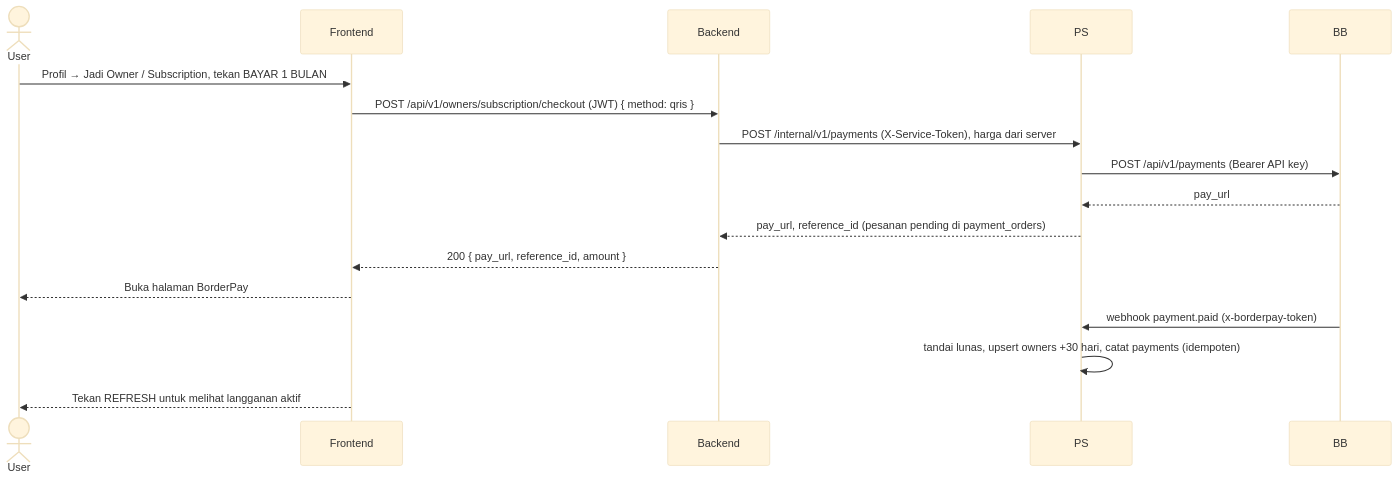
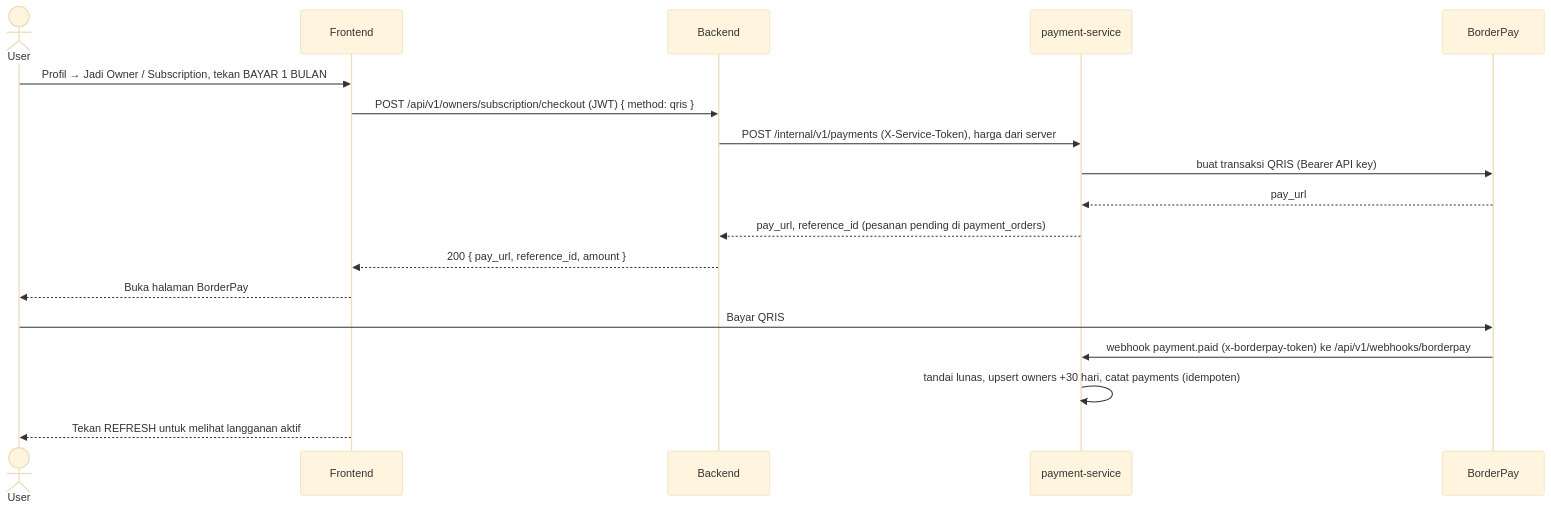
The fifth of 5 diagrams in docs/FLOW.md (monte-christo-gilberd/Queue-Management-System), drawn with Mermaid (base theme) before and after one commit. The commit also changed other lines of this file and 92 other files, not shown here.

````diff
--- a/docs/FLOW.md
+++ b/docs/FLOW.md
@@ -205,17 +203,20 @@
 ```mermaid
 sequenceDiagram
     actor U as User
     participant FE as Frontend
     participant BE as Backend
+    participant PS as payment-service
+    participant BB as BorderPay
     U->>FE: Profil → Jadi Owner / Subscription, tekan BAYAR 1 BULAN
     FE->>BE: POST /api/v1/owners/subscription/checkout (JWT) { method: qris }
     BE->>PS: POST /internal/v1/payments (X-Service-Token), harga dari server
-    PS->>BB: POST /api/v1/payments (Bearer API key)
+    PS->>BB: buat transaksi QRIS (Bearer API key)
     BB-->>PS: pay_url
     PS-->>BE: pay_url, reference_id (pesanan pending di payment_orders)
     BE-->>FE: 200 { pay_url, reference_id, amount }
     FE-->>U: Buka halaman BorderPay
-    BB->>PS: webhook payment.paid (x-borderpay-token)
+    U->>BB: Bayar QRIS
+    BB->>PS: webhook payment.paid (x-borderpay-token) ke /api/v1/webhooks/borderpay
     PS->>PS: tandai lunas, upsert owners +30 hari, catat payments (idempoten)
     FE-->>U: Tekan REFRESH untuk melihat langganan aktif
 ```
````
